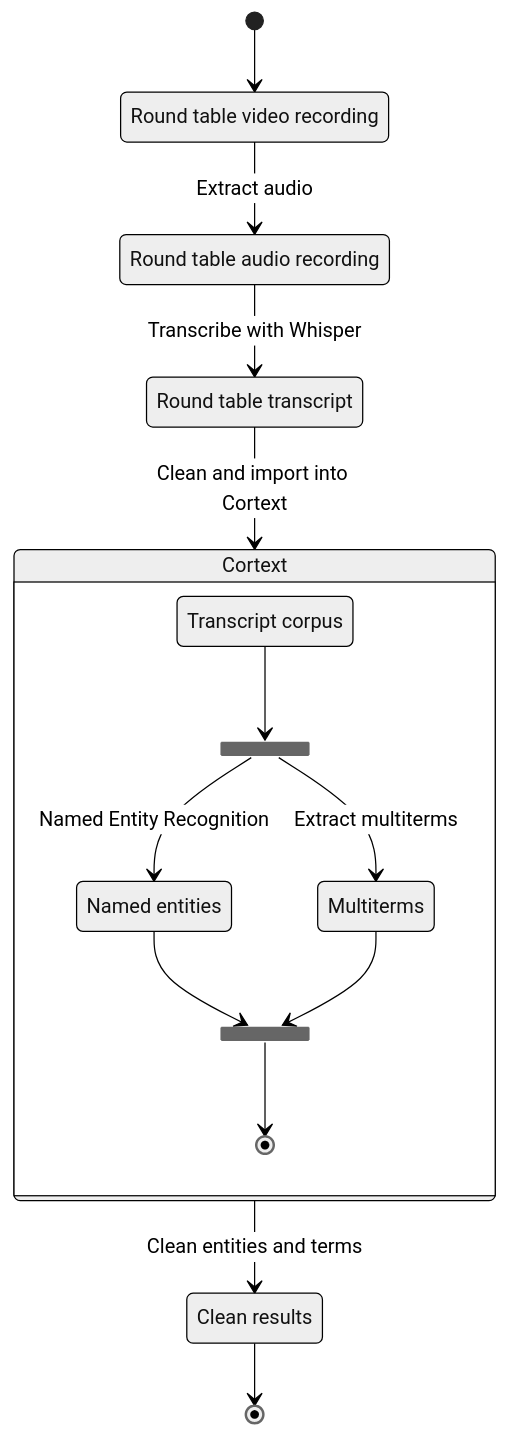
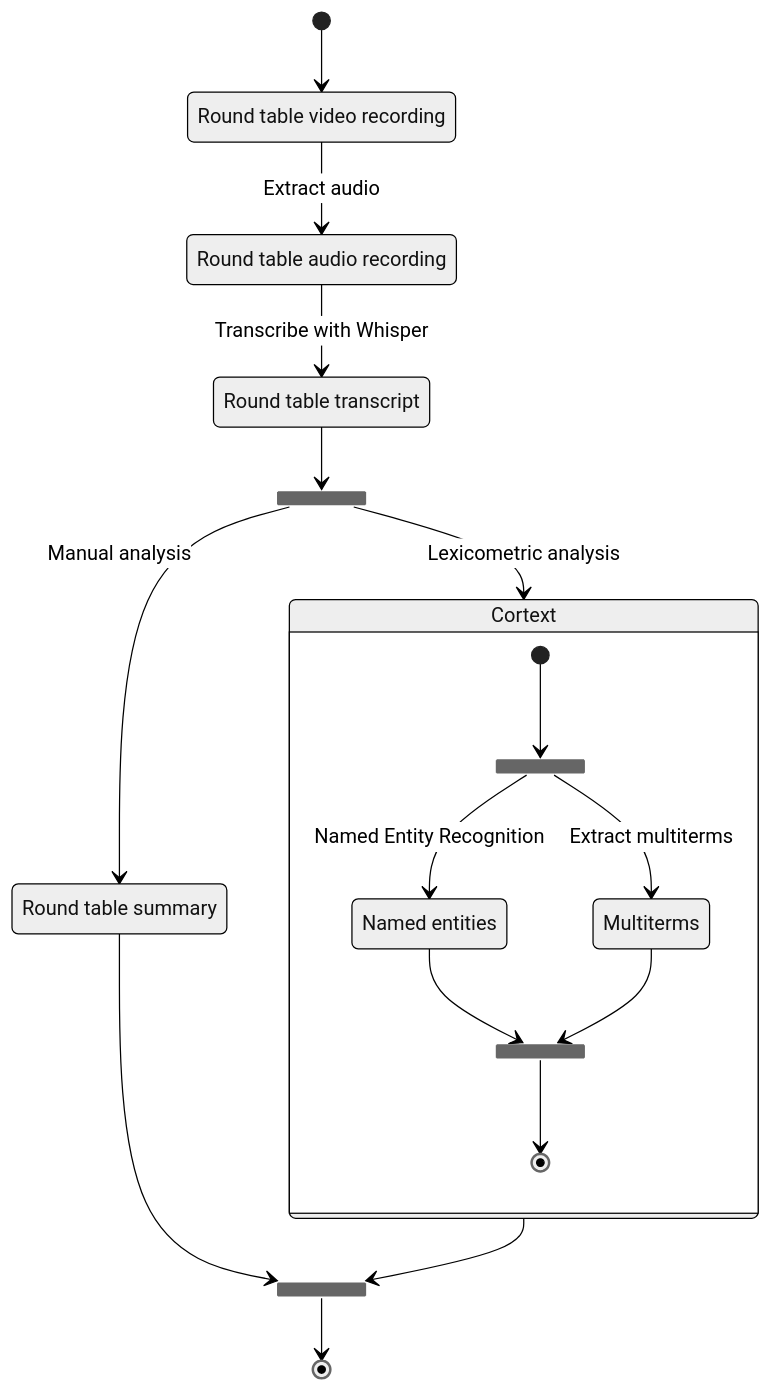
One commit to VCityTeam/PEPR-VDBI changed the diagram in data-visualization/src/pages/reports/js-2025-round-table-analysis-en.md. Above: the diagram before and after it, drawn with Mermaid. The commit also changed other lines of this file and 1 other file, not shown here.

Commit message:
add manual analysis to method

````diff
--- a/data-visualization/src/pages/reports/js-2025-round-table-analysis-en.md
+++ b/data-visualization/src/pages/reports/js-2025-round-table-analysis-en.md
@@ -103,40 +103,45 @@
 ```mermaid
 ---
 config: {
   theme: "neutral"
 }
 ---
 
 stateDiagram-v2
 
   %% direction LR
 
-  v   : Round table video recording
-  a   : Round table audio recording
-  t   : Round table transcript
-  c   : Transcript corpus
-  e   : Named entities
-  f   : Clean results
+  v     : Round table video recording
+  a     : Round table audio recording
+  t     : Round table transcript
+  e     : Named entities
+  i     : Round table summary
 
   [*] --> v
-  v --> a         : Extract audio
-  a --> t         : Transcribe with Whisper
-  t --> Cortext   : Clean and import into Cortext
+  v --> a   : Extract audio
+  a --> t   : Transcribe with Whisper
 
-  state Cortext {
-    %% direction LR
+  state fork1 <<fork>>
+    t --> fork1
+    fork1 --> Cortext   : Lexicometric analysis
+    fork1 --> i         : Manual analysis
 
-    state fork2 <<fork>>
-      c --> fork2
-      fork2 --> e    : Named Entity Recognition
-      fork2 --> Multiterms  : Extract multiterms
+    state Cortext {
+        %% direction LR
 
-    state join2 <<join>>
-      e --> join2
-      Multiterms --> join2
-      join2 --> [*]
-  }
+        state fork2 <<fork>>
+        [*] --> fork2
+        fork2 --> e    : Named Entity Recognition
+        fork2 --> Multiterms  : Extract multiterms
 
-  Cortext --> f : Clean entities and terms
-  f --> [*]
+        state join2 <<join>>
+        e --> join2
+        Multiterms --> join2
+        join2 --> [*]
+    }
+
+  state join1 <<join>>
+    Cortext --> join1
+    i --> join1
+    join1 --> [*]
 ```
````
